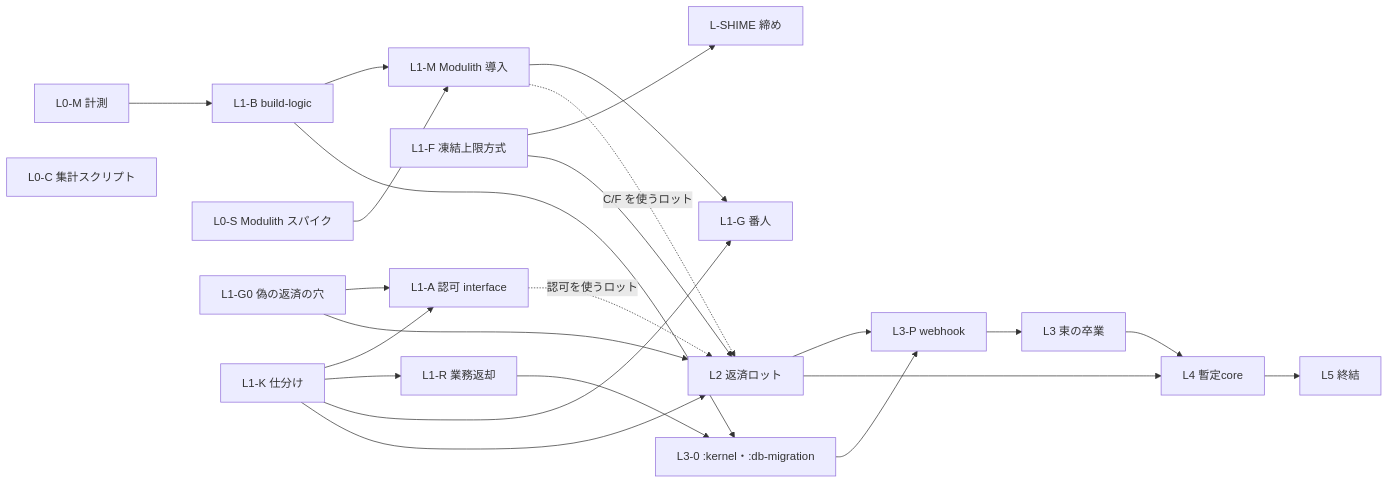
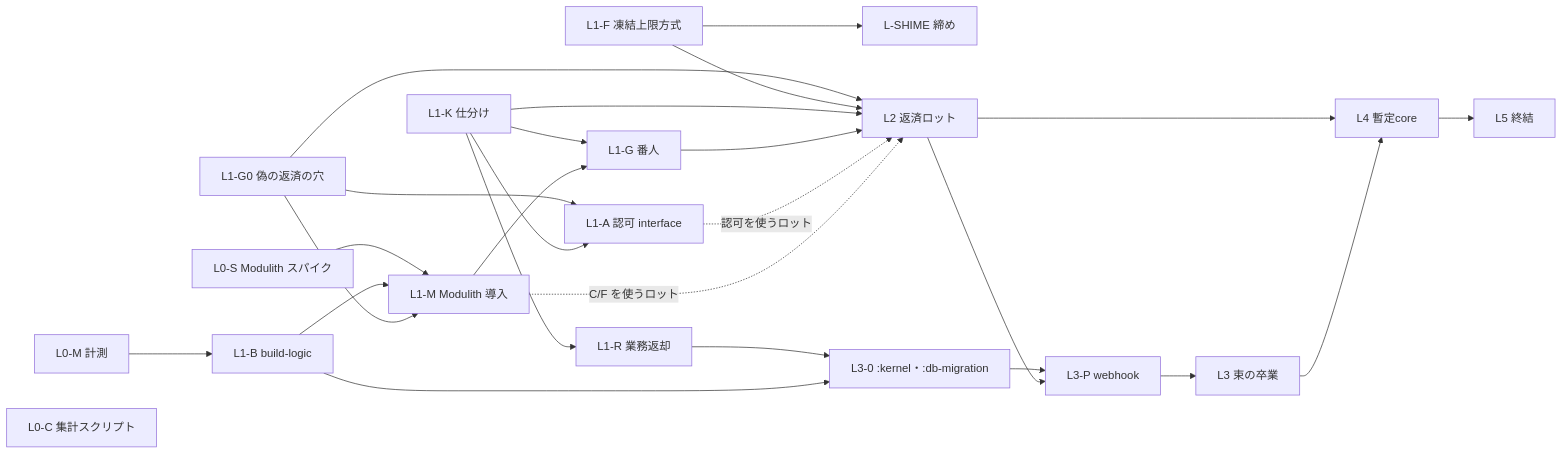
The fourth of 4 diagrams in docs/architecture/modular_monolith_boundary_debt_repayment.md (kenta-0420/mannschaft), drawn with Mermaid before and after one commit. The commit also changed other lines of this file, not shown here.

````diff
--- a/docs/architecture/modular_monolith_boundary_debt_repayment.md
+++ b/docs/architecture/modular_monolith_boundary_debt_repayment.md
@@ -559,26 +590,28 @@
 ```mermaid
 flowchart LR
   L0M[L0-M 計測] --> L1B[L1-B build-logic]
   L0S[L0-S Modulith スパイク] --> L1M[L1-M Modulith 導入]
   L1B --> L1M
   L0C[L0-C 集計スクリプト]
   L1F[L1-F 凍結上限方式] --> SHIME[L-SHIME 締め]
   L1G0[L1-G0 偽の返済の穴] --> L1A[L1-A 認可 interface]
   L1K[L1-K 仕分け] --> L1A
   L1K --> L1R[L1-R 業務返却]
   L1K --> L1G[L1-G 番人]
   L1M --> L1G
+  L1G0 --> L1M
   L1G0 --> L2[L2 返済ロット]
   L1F --> L2
   L1K --> L2
+  L1G --> L2
   L1A -. 認可を使うロット .-> L2
   L1M -. C/F を使うロット .-> L2
   L1R --> L30[L3-0 :kernel・:db-migration]
   L1B --> L30
   L30 --> L3P[L3-P webhook]
   L2 --> L3P
   L3P --> L3G[L3 束の卒業]
   L2 --> L4[L4 暫定core]
   L3G --> L4
   L4 --> L5[L5 終結]
 ```
````
